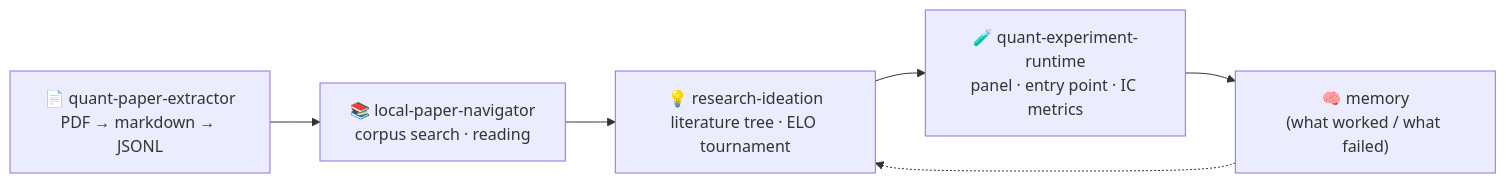
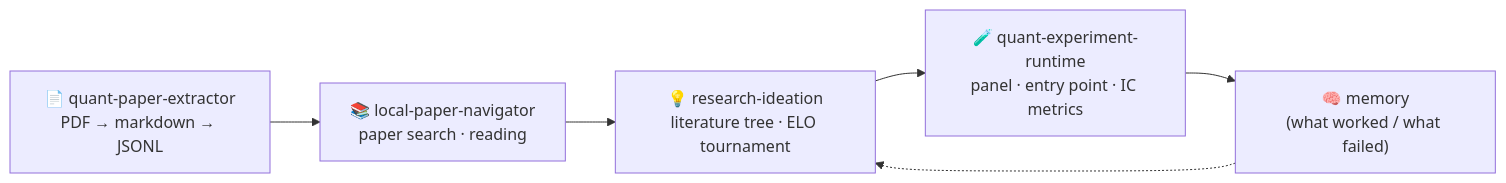
The second of 2 diagrams in README.md (CamusGIT/EvoQuant), drawn with Mermaid before and after one commit. The commit also changed other lines of this file and 33 other files, not shown here.

First line of the commit message:
Unify corpus identifiers to paper system

````diff
--- a/README.md
+++ b/README.md
@@ -84,8 +84,8 @@
 ```mermaid
 flowchart LR
-    A["📄 quant-paper-extractor<br/>PDF → markdown → JSONL"] --> B["📚 local-paper-navigator<br/>corpus search · reading"]
+    A["📄 quant-paper-extractor<br/>PDF → markdown → JSONL"] --> B["📚 local-paper-navigator<br/>paper search · reading"]
     B --> C["💡 research-ideation<br/>literature tree · ELO tournament"]
     C --> D["🧪 quant-experiment-runtime<br/>panel · entry point · IC metrics"]
     D --> E["🧠 memory<br/>(what worked / what failed)"]
     E -.-> C
 ```
````
